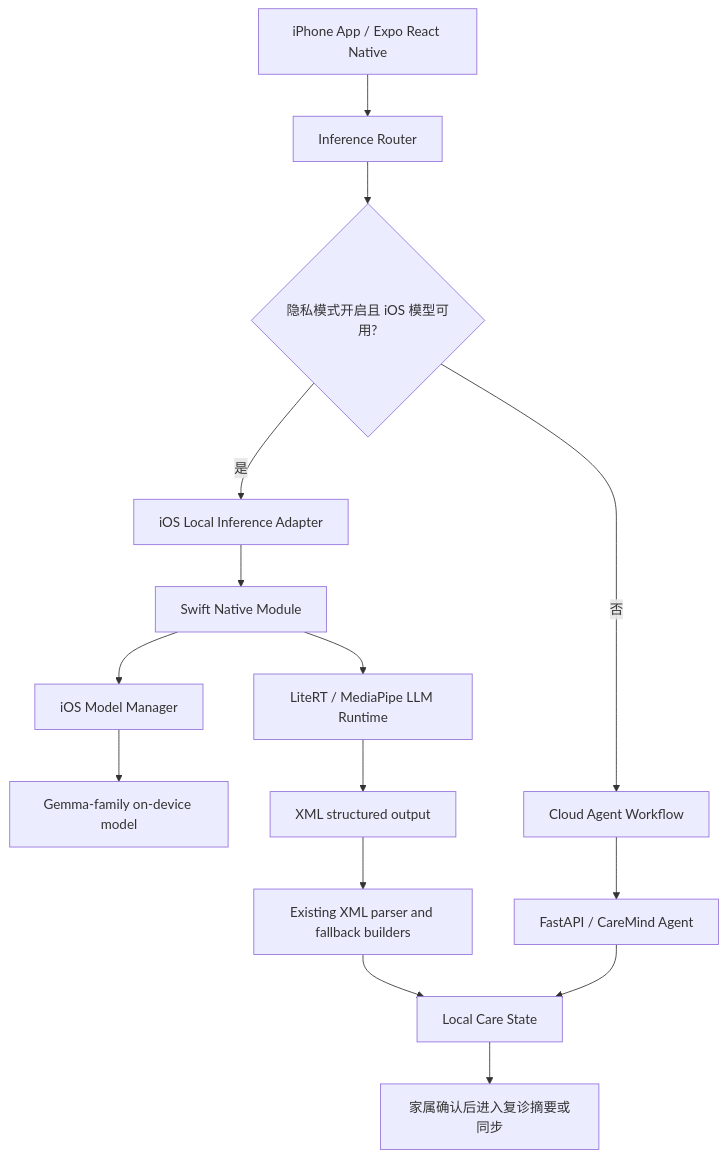
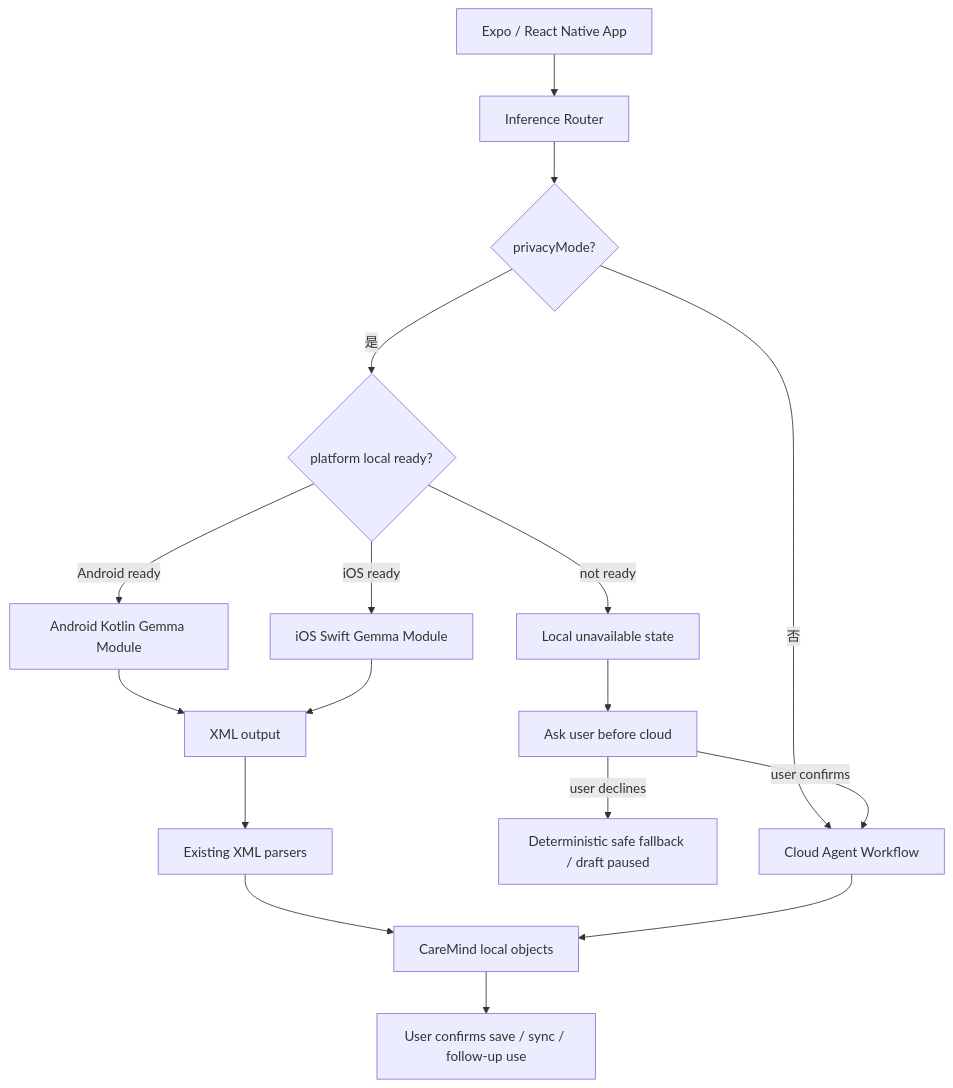
Before and after one commit to whitesungun876/Gemma4-Hackathon-ShangHai: the diagram in submissions/2026/track_C/CareMind/docs/ios_edge_architecture.md, drawn with Mermaid. The commit also changed other lines of this file and 71 other files, not shown here.

Commit message:
Submit full CareMind frontend source

````diff
--- a/submissions/2026/track_C/CareMind/docs/ios_edge_architecture.md
+++ b/submissions/2026/track_C/CareMind/docs/ios_edge_architecture.md
@@ -24,17 +48,19 @@
 ```mermaid
 flowchart TD
-    A["iPhone App / Expo React Native"] --> B["Inference Router"]
-    B --> C{"隐私模式开启且 iOS 模型可用?"}
-    C -->|是| D["iOS Local Inference Adapter"]
-    D --> E["Swift Native Module"]
-    E --> F["iOS Model Manager"]
-    F --> G["Gemma-family on-device model"]
-    E --> H["LiteRT / MediaPipe LLM Runtime"]
-    H --> I["XML structured output"]
-    I --> J["Existing XML parser and fallback builders"]
+    A["Expo / React Native App"] --> B["Inference Router"]
+    B --> C{"privacyMode?"}
     C -->|否| K["Cloud Agent Workflow"]
-    K --> L["FastAPI / CareMind Agent"]
-    J --> M["Local Care State"]
-    L --> M
-    M --> N["家属确认后进入复诊摘要或同步"]
+    C -->|是| D{"platform local ready?"}
+    D -->|Android ready| E["Android Kotlin Gemma Module"]
+    D -->|iOS ready| F["iOS Swift Gemma Module"]
+    D -->|not ready| G["Local unavailable state"]
+    G --> H["Ask user before cloud"]
+    H -->|user confirms| K
+    H -->|user declines| I["Deterministic safe fallback / draft paused"]
+    E --> J["XML output"]
+    F --> J
+    J --> L["Existing XML parsers"]
+    L --> M["CareMind local objects"]
+    K --> M
+    M --> N["User confirms save / sync / follow-up use"]
 ```
````
